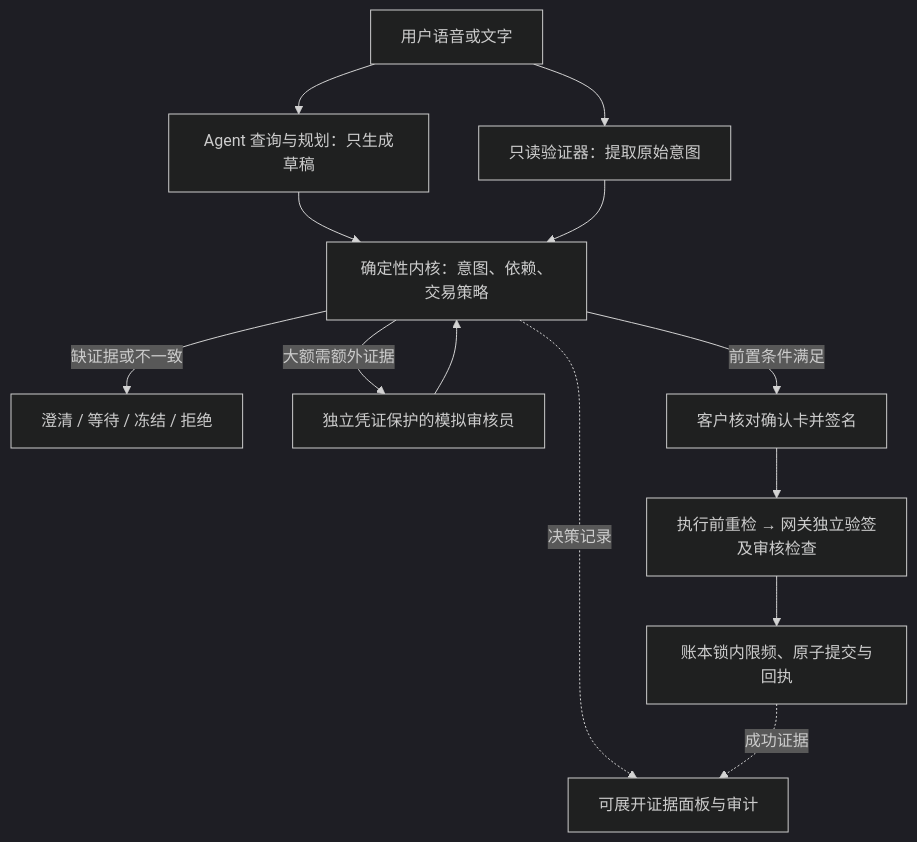
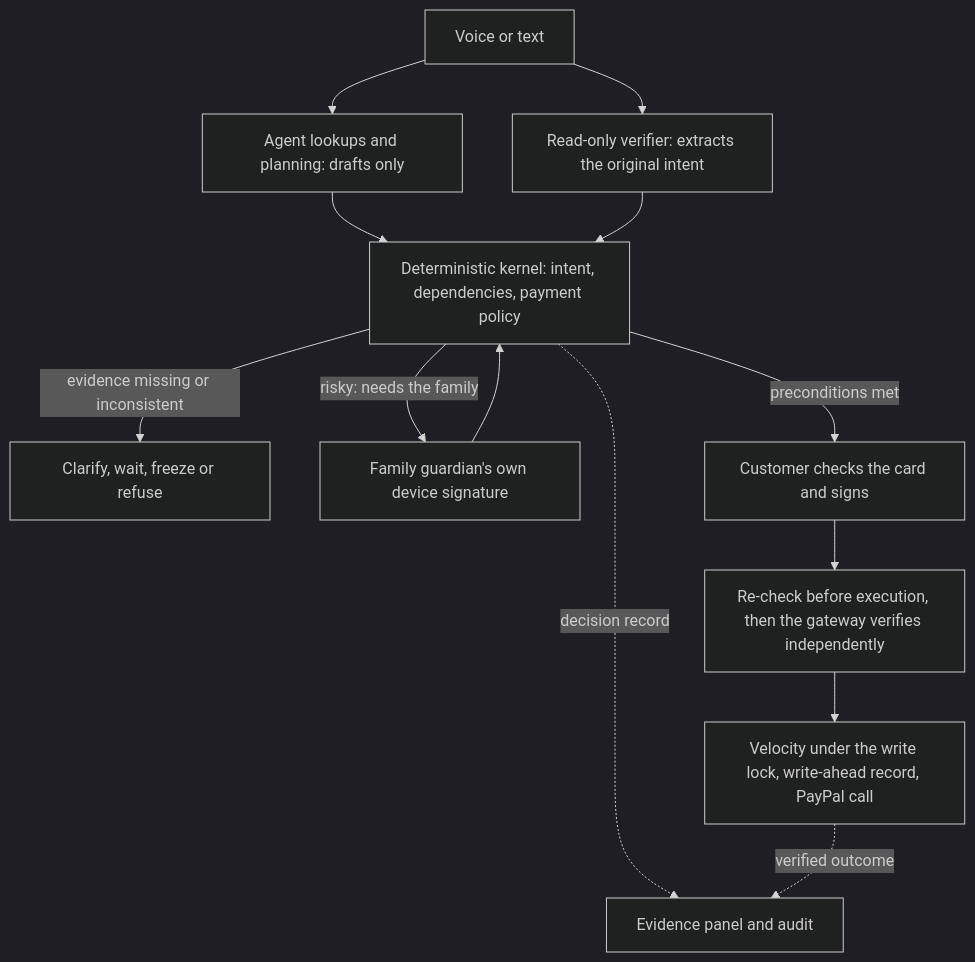
One commit to FangHH916/paypal-ai-hackathon-agent changed the diagram in docs/RISK_CONTRACT.md. Above: the diagram before and after it, drawn with Mermaid (dark theme). The commit also changed other lines of this file and 33 other files, not shown here.

````diff
--- a/docs/RISK_CONTRACT.md
+++ b/docs/RISK_CONTRACT.md
@@ -6,15 +6,15 @@
 ```mermaid
 flowchart TD
-    U[用户语音或文字] --> A[Agent 查询与规划：只生成草稿]
-    U --> V[只读验证器：提取原始意图]
-    A --> K[确定性内核：意图、依赖、交易策略]
+    U[Voice or text] --> A[Agent lookups and planning: drafts only]
+    U --> V[Read-only verifier: extracts the original intent]
+    A --> K[Deterministic kernel: intent, dependencies, payment policy]
     V --> K
-    K -->|缺证据或不一致| H[澄清 / 等待 / 冻结 / 拒绝]
-    K -->|大额需额外证据| R[独立凭证保护的模拟审核员]
+    K -->|evidence missing or inconsistent| H[Clarify, wait, freeze or refuse]
+    K -->|risky: needs the family| R[Family guardian's own device signature]
     R --> K
-    K -->|前置条件满足| C[客户核对确认卡并签名]
-    C --> G[执行前重检 → 网关独立验签及审核检查]
-    G --> L[账本锁内限频、原子提交与回执]
-    K -.决策记录.-> E[可展开证据面板与审计]
-    L -.成功证据.-> E
+    K -->|preconditions met| C[Customer checks the card and signs]
+    C --> G[Re-check before execution, then the gateway verifies independently]
+    G --> L[Velocity under the write lock, write-ahead record, PayPal call]
+    K -.decision record.-> E[Evidence panel and audit]
+    L -.verified outcome.-> E
 ```
````
